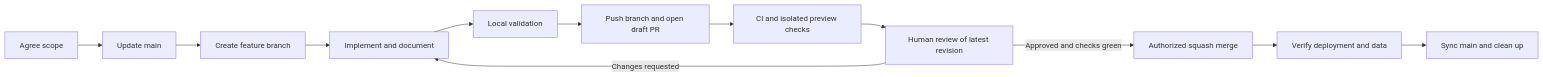
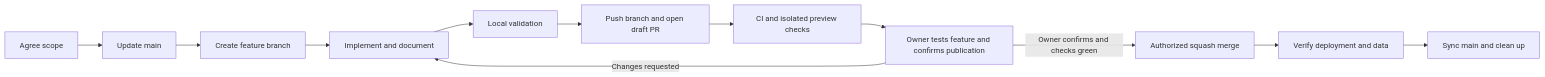
The diagram in docs/DEVELOPMENT_WORKFLOW.md (ashaqildi/Tax-Planner-Pro), drawn with Mermaid before and after one commit. The commit also changed other lines of this file and 11 other files, not shown here.

````diff
--- a/docs/DEVELOPMENT_WORKFLOW.md
+++ b/docs/DEVELOPMENT_WORKFLOW.md
@@ -7,14 +11,14 @@
 ```mermaid
 flowchart LR
   A[Agree scope] --> B[Update main]
   B --> C[Create feature branch]
   C --> D[Implement and document]
   D --> E[Local validation]
   E --> F[Push branch and open draft PR]
   F --> G[CI and isolated preview checks]
-  G --> H[Human review of latest revision]
+  G --> H[Owner tests feature and confirms publication]
   H -->|Changes requested| D
-  H -->|Approved and checks green| I[Authorized squash merge]
+  H -->|Owner confirms and checks green| I[Authorized squash merge]
   I --> J[Verify deployment and data]
   J --> K[Sync main and clean up]
 ```
````
